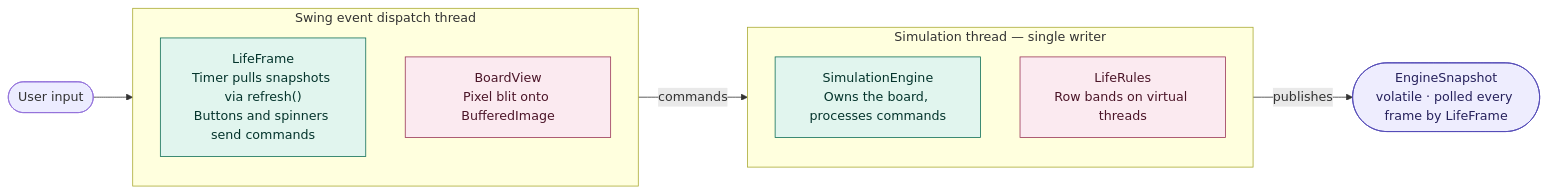
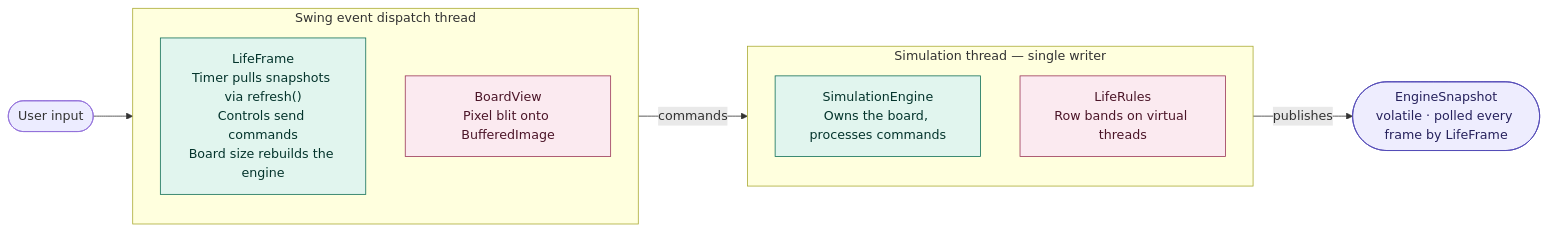
One commit to ymoroz89/conway-game-of-life-gui changed the first of 2 diagrams in README.md. Above: the diagram before and after it, drawn with Mermaid. The commit also changed other lines of this file and 2 other files, not shown here.

````diff
--- a/README.md
+++ b/README.md
@@ -133,27 +136,27 @@
 ```mermaid
 flowchart LR
     user(["User input"]) --> UI
 
     subgraph UI["Swing event dispatch thread"]
         direction TB
-        LifeFrame["LifeFrame<br/>Timer pulls snapshots via refresh()<br/>Buttons and spinners send commands"]
+        LifeFrame["LifeFrame<br/>Timer pulls snapshots via refresh()<br/>Controls send commands<br/>Board size rebuilds the engine"]
         BoardView["BoardView<br/>Pixel blit onto BufferedImage"]
     end
 
     UI -- commands --> ENGINE
 
     subgraph ENGINE["Simulation thread — single writer"]
         direction TB
         SimulationEngine["SimulationEngine<br/>Owns the board, processes commands"]
         LifeRules["LifeRules<br/>Row bands on virtual threads"]
     end
 
     ENGINE -- publishes --> Snapshot(["EngineSnapshot<br/>volatile · polled every frame by LifeFrame"])
 
     classDef orchestrator fill:#E1F5EE,stroke:#0F6E56,color:#04342C
     classDef worker fill:#FBEAF0,stroke:#993556,color:#4B1528
     classDef state fill:#EEEDFE,stroke:#534AB7,color:#26215C
     class LifeFrame,SimulationEngine orchestrator
     class BoardView,LifeRules worker
     class Snapshot state
 ```
````
